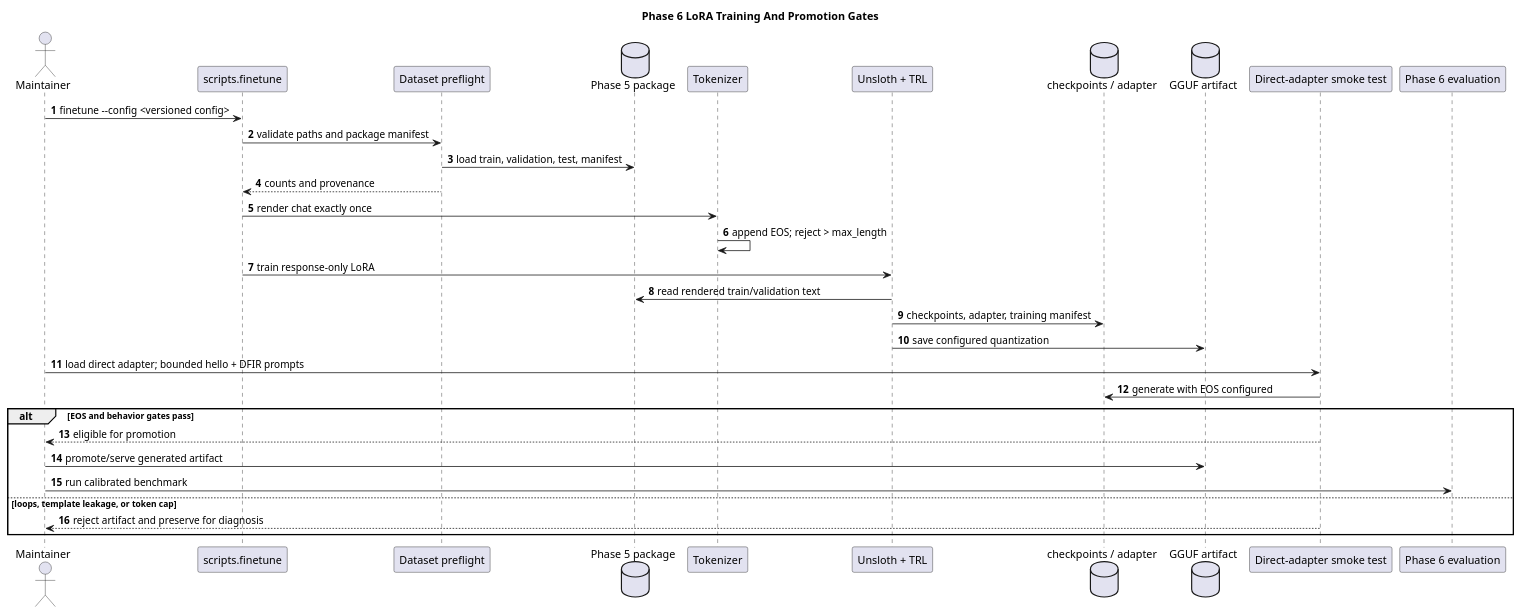
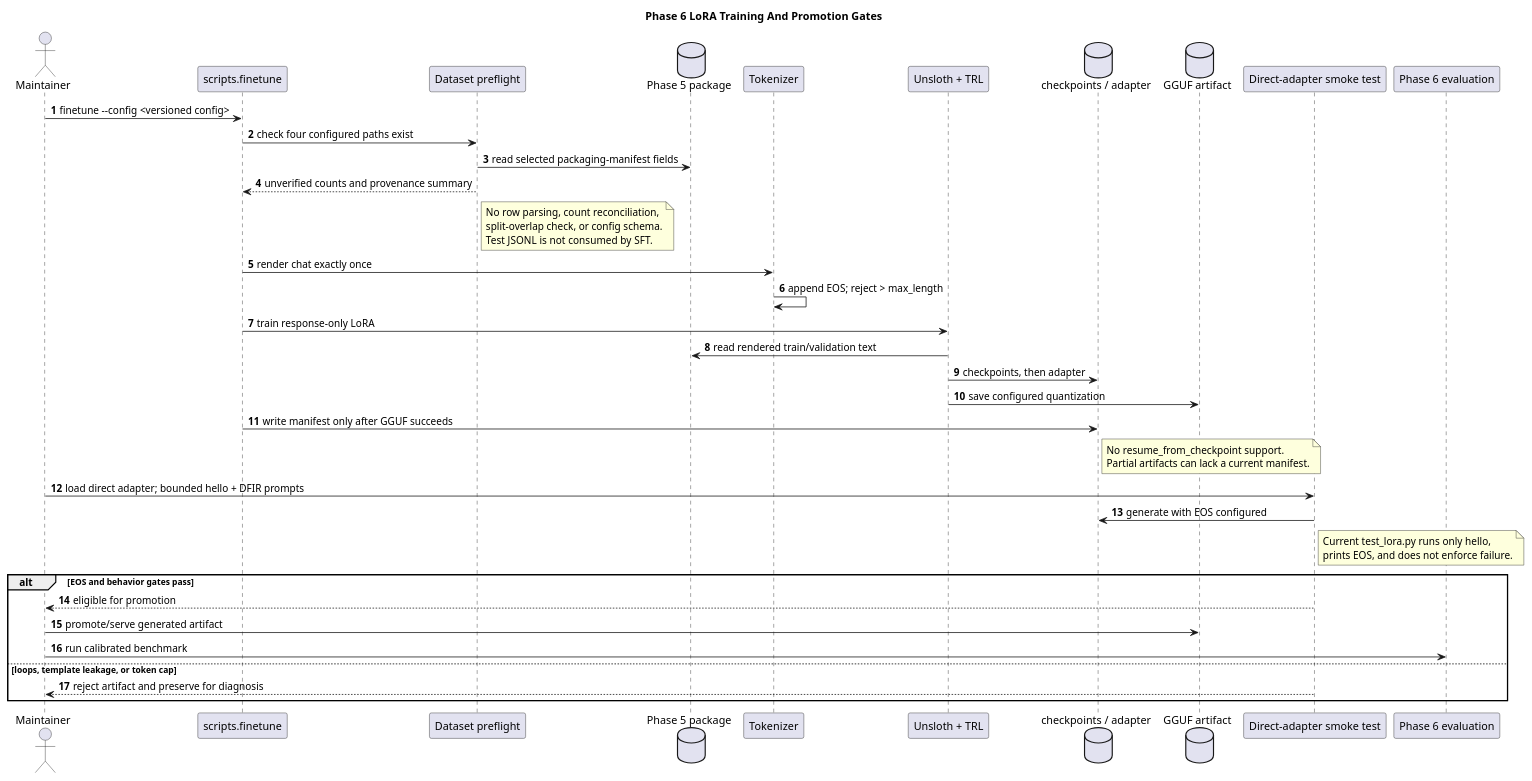
The diagram in docs/diagrams/phase6-training-sequence.puml (darkrelicz/dfir-dataset), drawn with PlantUML before and after one commit. The commit also changed 28 other files, not shown here.

```diff
--- a/docs/diagrams/phase6-training-sequence.puml
+++ b/docs/diagrams/phase6-training-sequence.puml
@@ -1,38 +1,52 @@
 @startuml
 title Phase 6 LoRA Training And Promotion Gates
 
 skinparam shadowing false
 autonumber
 
 actor Maintainer
 participant "scripts.finetune" as CLI
 participant "Dataset preflight" as Preflight
 database "Phase 5 package" as Package
 participant "Tokenizer" as Tokenizer
 participant "Unsloth + TRL" as Trainer
 database "checkpoints / adapter" as Artifacts
 database "GGUF artifact" as GGUF
 participant "Direct-adapter smoke test" as Smoke
 participant "Phase 6 evaluation" as Evaluation
 
 Maintainer -> CLI: finetune --config <versioned config>
-CLI -> Preflight: validate paths and package manifest
-Preflight -> Package: load train, validation, test, manifest
-Preflight --> CLI: counts and provenance
+CLI -> Preflight: check four configured paths exist
+Preflight -> Package: read selected packaging-manifest fields
+Preflight --> CLI: unverified counts and provenance summary
+note right of Preflight
+  No row parsing, count reconciliation,
+  split-overlap check, or config schema.
+  Test JSONL is not consumed by SFT.
+end note
 CLI -> Tokenizer: render chat exactly once
 Tokenizer -> Tokenizer: append EOS; reject > max_length
 CLI -> Trainer: train response-only LoRA
 Trainer -> Package: read rendered train/validation text
-Trainer -> Artifacts: checkpoints, adapter, training manifest
+Trainer -> Artifacts: checkpoints, then adapter
 Trainer -> GGUF: save configured quantization
+CLI -> Artifacts: write manifest only after GGUF succeeds
+note right of Artifacts
+  No resume_from_checkpoint support.
+  Partial artifacts can lack a current manifest.
+end note
 Maintainer -> Smoke: load direct adapter; bounded hello + DFIR prompts
 Smoke -> Artifacts: generate with EOS configured
+note right of Smoke
+  Current test_lora.py runs only hello,
+  prints EOS, and does not enforce failure.
+end note
 alt EOS and behavior gates pass
   Smoke --> Maintainer: eligible for promotion
   Maintainer -> GGUF: promote/serve generated artifact
   Maintainer -> Evaluation: run calibrated benchmark
 else loops, template leakage, or token cap
   Smoke --> Maintainer: reject artifact and preserve for diagnosis
 end
 
 @enduml
```
